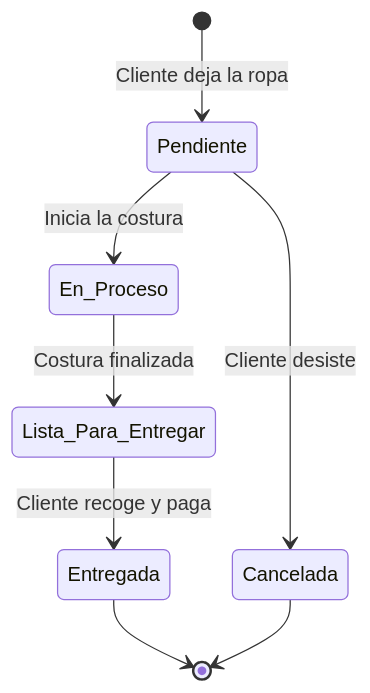
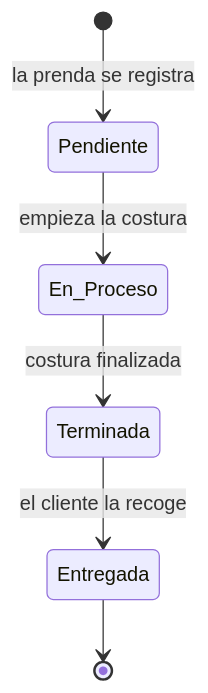
Before and after one commit to Aryannext/Costura-app: the sixth of 10 diagrams in docs/DIAGRAMAS.md, drawn with Mermaid. The commit also changed other lines of this file and 8 other files, not shown here.

First line of the commit message:
docs: alinear documentación y diagramas con el código

````diff
--- a/docs/DIAGRAMAS.md
+++ b/docs/DIAGRAMAS.md
@@ -254,11 +372,8 @@
 ```mermaid
 stateDiagram-v2
-    [*] --> Pendiente : Cliente deja la ropa
-    Pendiente --> En_Proceso : Inicia la costura
-    En_Proceso --> Lista_Para_Entregar : Costura finalizada
-    Lista_Para_Entregar --> Entregada : Cliente recoge y paga
+    [*] --> Pendiente : la prenda se registra
+    Pendiente --> En_Proceso : empieza la costura
+    En_Proceso --> Terminada : costura finalizada
+    Terminada --> Entregada : el cliente la recoge
     Entregada --> [*]
-    
-    Pendiente --> Cancelada : Cliente desiste
-    Cancelada --> [*]
 ```
````
